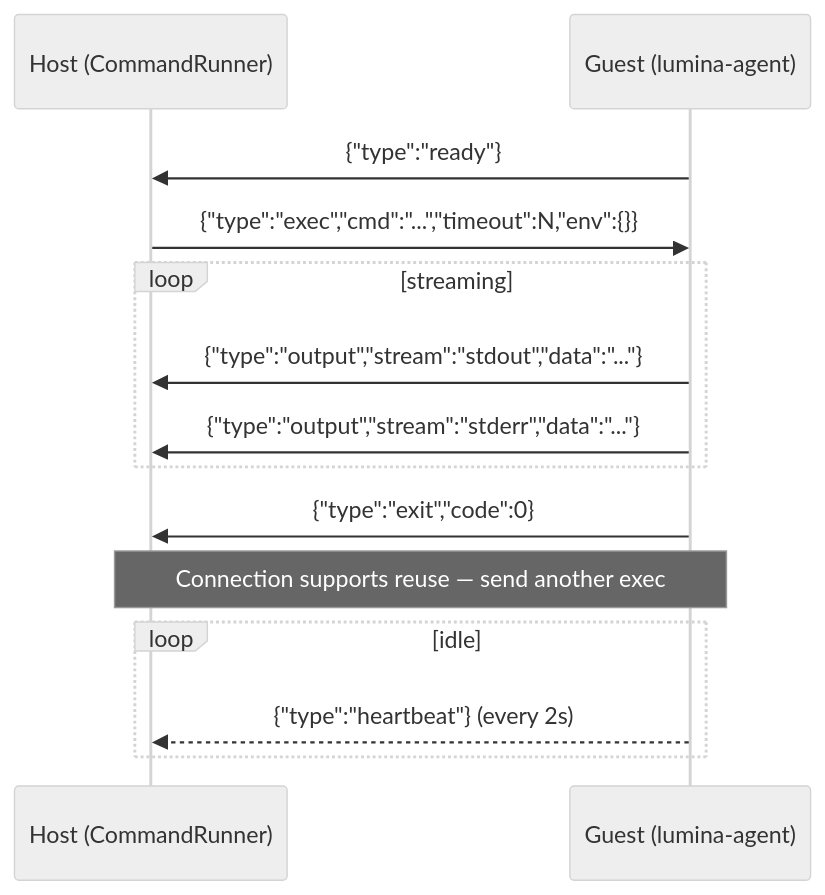
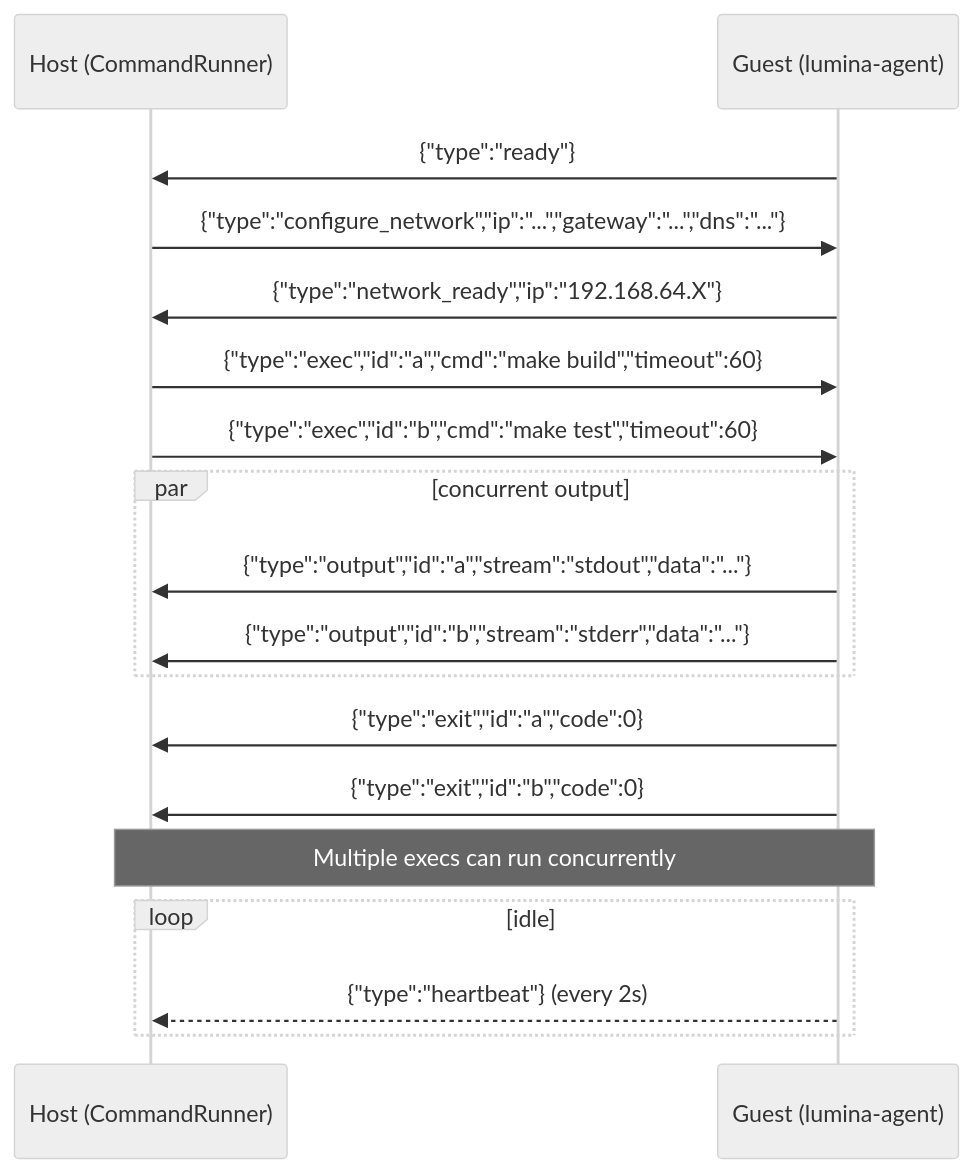
Before and after one commit to abdul-abdi/lumina: the third of 3 diagrams in README.md, drawn with Mermaid (neutral theme). The commit also changed other lines of this file, not shown here.

````diff
--- a/README.md
+++ b/README.md
@@ -418,17 +438,21 @@
 ```mermaid
 sequenceDiagram
     participant H as Host (CommandRunner)
     participant G as Guest (lumina-agent)
 
     G->>H: {"type":"ready"}
-    H->>G: {"type":"exec","cmd":"...","timeout":N,"env":{}}
-    loop streaming
-        G->>H: {"type":"output","stream":"stdout","data":"..."}
-        G->>H: {"type":"output","stream":"stderr","data":"..."}
+    H->>G: {"type":"configure_network","ip":"...","gateway":"...","dns":"..."}
+    G->>H: {"type":"network_ready","ip":"192.168.64.X"}
+    H->>G: {"type":"exec","id":"a","cmd":"make build","timeout":60}
+    H->>G: {"type":"exec","id":"b","cmd":"make test","timeout":60}
+    par concurrent output
+        G->>H: {"type":"output","id":"a","stream":"stdout","data":"..."}
+        G->>H: {"type":"output","id":"b","stream":"stderr","data":"..."}
     end
-    G->>H: {"type":"exit","code":0}
-    Note over G,H: Connection supports reuse — send another exec
+    G->>H: {"type":"exit","id":"a","code":0}
+    G->>H: {"type":"exit","id":"b","code":0}
+    Note over G,H: Multiple execs can run concurrently
     loop idle
         G-->>H: {"type":"heartbeat"} (every 2s)
     end
 ```
````
